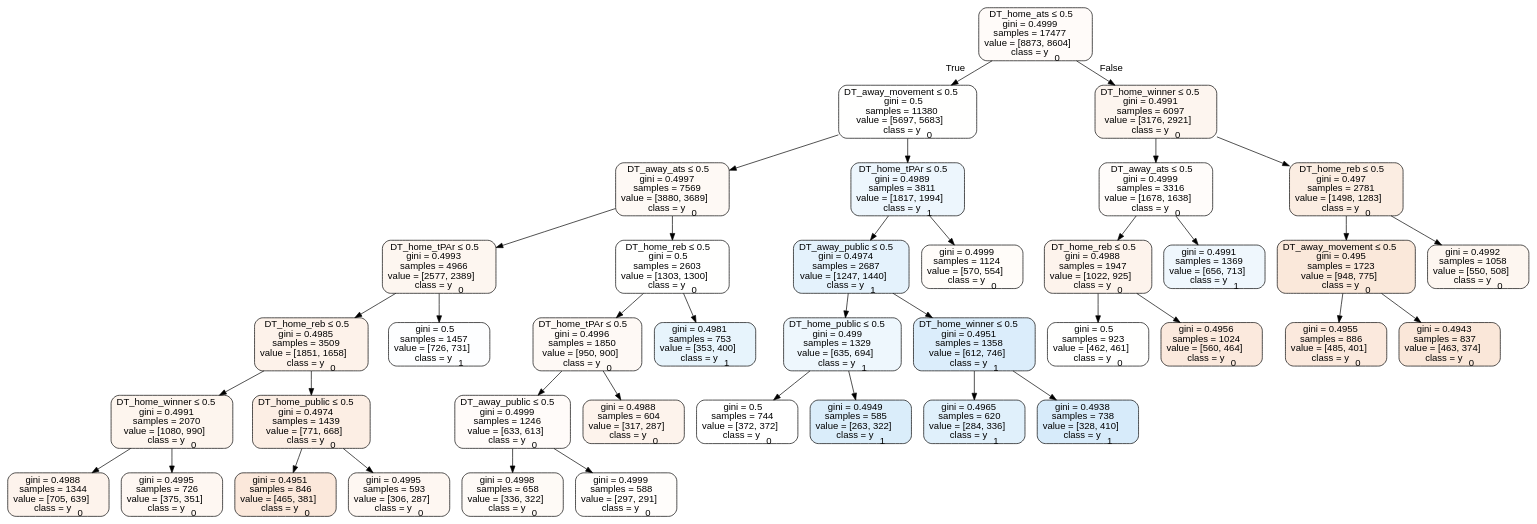
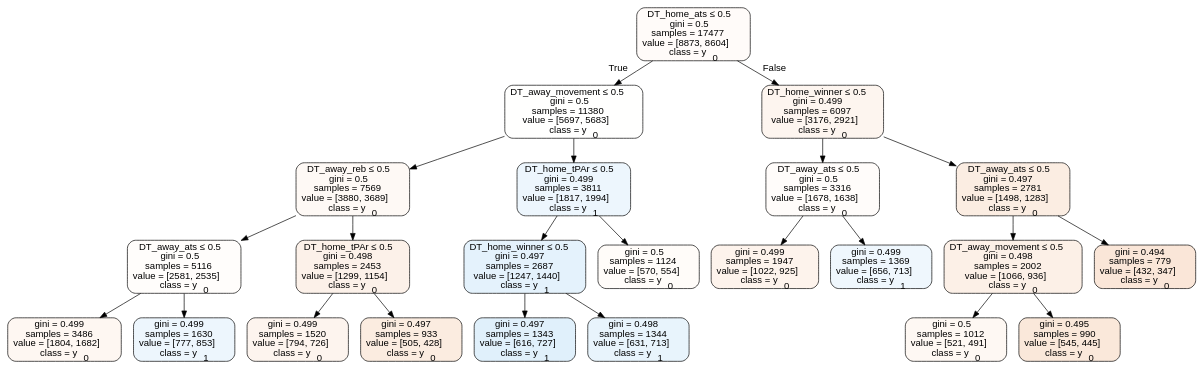
One commit to usbogie/ncaa-bets changed the diagram in Basketball/data/trees/tree2018home.dot. Above: the diagram before and after it, drawn with Graphviz. The commit also changed 35 other files, not shown here.

```diff
--- a/Basketball/data/trees/tree2018home.dot
+++ b/Basketball/data/trees/tree2018home.dot
@@ -1,81 +1,49 @@
 digraph Tree {
 node [shape=box, style="filled, rounded", color="black", fontname=helvetica] ;
 edge [fontname=helvetica] ;
-0 [label=<DT_home_ats &le; 0.5<br/>gini = 0.4999<br/>samples = 17477<br/>value = [8873, 8604]<br/>class = y<SUB>0</SUB>>, fillcolor="#e5813908"] ;
+0 [label=<DT_home_ats &le; 0.5<br/>gini = 0.5<br/>samples = 17477<br/>value = [8873, 8604]<br/>class = y<SUB>0</SUB>>, fillcolor="#e5813908"] ;
 1 [label=<DT_away_movement &le; 0.5<br/>gini = 0.5<br/>samples = 11380<br/>value = [5697, 5683]<br/>class = y<SUB>0</SUB>>, fillcolor="#e5813901"] ;
 0 -> 1 [labeldistance=2.5, labelangle=45, headlabel="True"] ;
-2 [label=<DT_away_ats &le; 0.5<br/>gini = 0.4997<br/>samples = 7569<br/>value = [3880, 3689]<br/>class = y<SUB>0</SUB>>, fillcolor="#e581390d"] ;
+2 [label=<DT_away_reb &le; 0.5<br/>gini = 0.5<br/>samples = 7569<br/>value = [3880, 3689]<br/>class = y<SUB>0</SUB>>, fillcolor="#e581390d"] ;
 1 -> 2 ;
-3 [label=<DT_home_tPAr &le; 0.5<br/>gini = 0.4993<br/>samples = 4966<br/>value = [2577, 2389]<br/>class = y<SUB>0</SUB>>, fillcolor="#e5813913"] ;
+3 [label=<DT_away_ats &le; 0.5<br/>gini = 0.5<br/>samples = 5116<br/>value = [2581, 2535]<br/>class = y<SUB>0</SUB>>, fillcolor="#e5813905"] ;
 2 -> 3 ;
-4 [label=<DT_home_reb &le; 0.5<br/>gini = 0.4985<br/>samples = 3509<br/>value = [1851, 1658]<br/>class = y<SUB>0</SUB>>, fillcolor="#e581391b"] ;
+4 [label=<gini = 0.499<br/>samples = 3486<br/>value = [1804, 1682]<br/>class = y<SUB>0</SUB>>, fillcolor="#e5813911"] ;
 3 -> 4 ;
-5 [label=<DT_home_winner &le; 0.5<br/>gini = 0.4991<br/>samples = 2070<br/>value = [1080, 990]<br/>class = y<SUB>0</SUB>>, fillcolor="#e5813915"] ;
-4 -> 5 ;
-6 [label=<gini = 0.4988<br/>samples = 1344<br/>value = [705, 639]<br/>class = y<SUB>0</SUB>>, fillcolor="#e5813918"] ;
-5 -> 6 ;
-7 [label=<gini = 0.4995<br/>samples = 726<br/>value = [375, 351]<br/>class = y<SUB>0</SUB>>, fillcolor="#e5813910"] ;
-5 -> 7 ;
-8 [label=<DT_home_public &le; 0.5<br/>gini = 0.4974<br/>samples = 1439<br/>value = [771, 668]<br/>class = y<SUB>0</SUB>>, fillcolor="#e5813922"] ;
-4 -> 8 ;
-9 [label=<gini = 0.4951<br/>samples = 846<br/>value = [465, 381]<br/>class = y<SUB>0</SUB>>, fillcolor="#e581392e"] ;
-8 -> 9 ;
-10 [label=<gini = 0.4995<br/>samples = 593<br/>value = [306, 287]<br/>class = y<SUB>0</SUB>>, fillcolor="#e5813910"] ;
-8 -> 10 ;
-11 [label=<gini = 0.5<br/>samples = 1457<br/>value = [726, 731]<br/>class = y<SUB>1</SUB>>, fillcolor="#399de502"] ;
-3 -> 11 ;
-12 [label=<DT_home_reb &le; 0.5<br/>gini = 0.5<br/>samples = 2603<br/>value = [1303, 1300]<br/>class = y<SUB>0</SUB>>, fillcolor="#e5813901"] ;
-2 -> 12 ;
-13 [label=<DT_home_tPAr &le; 0.5<br/>gini = 0.4996<br/>samples = 1850<br/>value = [950, 900]<br/>class = y<SUB>0</SUB>>, fillcolor="#e581390d"] ;
-12 -> 13 ;
-14 [label=<DT_away_public &le; 0.5<br/>gini = 0.4999<br/>samples = 1246<br/>value = [633, 613]<br/>class = y<SUB>0</SUB>>, fillcolor="#e5813908"] ;
-13 -> 14 ;
-15 [label=<gini = 0.4998<br/>samples = 658<br/>value = [336, 322]<br/>class = y<SUB>0</SUB>>, fillcolor="#e581390b"] ;
+5 [label=<gini = 0.499<br/>samples = 1630<br/>value = [777, 853]<br/>class = y<SUB>1</SUB>>, fillcolor="#399de517"] ;
+3 -> 5 ;
+6 [label=<DT_home_tPAr &le; 0.5<br/>gini = 0.498<br/>samples = 2453<br/>value = [1299, 1154]<br/>class = y<SUB>0</SUB>>, fillcolor="#e581391c"] ;
+2 -> 6 ;
+7 [label=<gini = 0.499<br/>samples = 1520<br/>value = [794, 726]<br/>class = y<SUB>0</SUB>>, fillcolor="#e5813916"] ;
+6 -> 7 ;
+8 [label=<gini = 0.497<br/>samples = 933<br/>value = [505, 428]<br/>class = y<SUB>0</SUB>>, fillcolor="#e5813927"] ;
+6 -> 8 ;
+9 [label=<DT_home_tPAr &le; 0.5<br/>gini = 0.499<br/>samples = 3811<br/>value = [1817, 1994]<br/>class = y<SUB>1</SUB>>, fillcolor="#399de517"] ;
+1 -> 9 ;
+10 [label=<DT_home_winner &le; 0.5<br/>gini = 0.497<br/>samples = 2687<br/>value = [1247, 1440]<br/>class = y<SUB>1</SUB>>, fillcolor="#399de522"] ;
+9 -> 10 ;
+11 [label=<gini = 0.497<br/>samples = 1343<br/>value = [616, 727]<br/>class = y<SUB>1</SUB>>, fillcolor="#399de527"] ;
+10 -> 11 ;
+12 [label=<gini = 0.498<br/>samples = 1344<br/>value = [631, 713]<br/>class = y<SUB>1</SUB>>, fillcolor="#399de51d"] ;
+10 -> 12 ;
+13 [label=<gini = 0.5<br/>samples = 1124<br/>value = [570, 554]<br/>class = y<SUB>0</SUB>>, fillcolor="#e5813907"] ;
+9 -> 13 ;
+14 [label=<DT_home_winner &le; 0.5<br/>gini = 0.499<br/>samples = 6097<br/>value = [3176, 2921]<br/>class = y<SUB>0</SUB>>, fillcolor="#e5813914"] ;
+0 -> 14 [labeldistance=2.5, labelangle=-45, headlabel="False"] ;
+15 [label=<DT_away_ats &le; 0.5<br/>gini = 0.5<br/>samples = 3316<br/>value = [1678, 1638]<br/>class = y<SUB>0</SUB>>, fillcolor="#e5813906"] ;
 14 -> 15 ;
-16 [label=<gini = 0.4999<br/>samples = 588<br/>value = [297, 291]<br/>class = y<SUB>0</SUB>>, fillcolor="#e5813905"] ;
-14 -> 16 ;
-17 [label=<gini = 0.4988<br/>samples = 604<br/>value = [317, 287]<br/>class = y<SUB>0</SUB>>, fillcolor="#e5813918"] ;
-13 -> 17 ;
-18 [label=<gini = 0.4981<br/>samples = 753<br/>value = [353, 400]<br/>class = y<SUB>1</SUB>>, fillcolor="#399de51e"] ;
-12 -> 18 ;
-19 [label=<DT_home_tPAr &le; 0.5<br/>gini = 0.4989<br/>samples = 3811<br/>value = [1817, 1994]<br/>class = y<SUB>1</SUB>>, fillcolor="#399de517"] ;
-1 -> 19 ;
-20 [label=<DT_away_public &le; 0.5<br/>gini = 0.4974<br/>samples = 2687<br/>value = [1247, 1440]<br/>class = y<SUB>1</SUB>>, fillcolor="#399de522"] ;
+16 [label=<gini = 0.499<br/>samples = 1947<br/>value = [1022, 925]<br/>class = y<SUB>0</SUB>>, fillcolor="#e5813918"] ;
+15 -> 16 ;
+17 [label=<gini = 0.499<br/>samples = 1369<br/>value = [656, 713]<br/>class = y<SUB>1</SUB>>, fillcolor="#399de514"] ;
+15 -> 17 ;
+18 [label=<DT_away_ats &le; 0.5<br/>gini = 0.497<br/>samples = 2781<br/>value = [1498, 1283]<br/>class = y<SUB>0</SUB>>, fillcolor="#e5813925"] ;
+14 -> 18 ;
+19 [label=<DT_away_movement &le; 0.5<br/>gini = 0.498<br/>samples = 2002<br/>value = [1066, 936]<br/>class = y<SUB>0</SUB>>, fillcolor="#e581391f"] ;
+18 -> 19 ;
+20 [label=<gini = 0.5<br/>samples = 1012<br/>value = [521, 491]<br/>class = y<SUB>0</SUB>>, fillcolor="#e581390f"] ;
 19 -> 20 ;
-21 [label=<DT_home_public &le; 0.5<br/>gini = 0.499<br/>samples = 1329<br/>value = [635, 694]<br/>class = y<SUB>1</SUB>>, fillcolor="#399de516"] ;
-20 -> 21 ;
-22 [label=<gini = 0.5<br/>samples = 744<br/>value = [372, 372]<br/>class = y<SUB>0</SUB>>, fillcolor="#e5813900"] ;
-21 -> 22 ;
-23 [label=<gini = 0.4949<br/>samples = 585<br/>value = [263, 322]<br/>class = y<SUB>1</SUB>>, fillcolor="#399de52f"] ;
-21 -> 23 ;
-24 [label=<DT_home_winner &le; 0.5<br/>gini = 0.4951<br/>samples = 1358<br/>value = [612, 746]<br/>class = y<SUB>1</SUB>>, fillcolor="#399de52e"] ;
-20 -> 24 ;
-25 [label=<gini = 0.4965<br/>samples = 620<br/>value = [284, 336]<br/>class = y<SUB>1</SUB>>, fillcolor="#399de527"] ;
-24 -> 25 ;
-26 [label=<gini = 0.4938<br/>samples = 738<br/>value = [328, 410]<br/>class = y<SUB>1</SUB>>, fillcolor="#399de533"] ;
-24 -> 26 ;
-27 [label=<gini = 0.4999<br/>samples = 1124<br/>value = [570, 554]<br/>class = y<SUB>0</SUB>>, fillcolor="#e5813907"] ;
-19 -> 27 ;
-28 [label=<DT_home_winner &le; 0.5<br/>gini = 0.4991<br/>samples = 6097<br/>value = [3176, 2921]<br/>class = y<SUB>0</SUB>>, fillcolor="#e5813914"] ;
-0 -> 28 [labeldistance=2.5, labelangle=-45, headlabel="False"] ;
-29 [label=<DT_away_ats &le; 0.5<br/>gini = 0.4999<br/>samples = 3316<br/>value = [1678, 1638]<br/>class = y<SUB>0</SUB>>, fillcolor="#e5813906"] ;
-28 -> 29 ;
-30 [label=<DT_home_reb &le; 0.5<br/>gini = 0.4988<br/>samples = 1947<br/>value = [1022, 925]<br/>class = y<SUB>0</SUB>>, fillcolor="#e5813918"] ;
-29 -> 30 ;
-31 [label=<gini = 0.5<br/>samples = 923<br/>value = [462, 461]<br/>class = y<SUB>0</SUB>>, fillcolor="#e5813901"] ;
-30 -> 31 ;
-32 [label=<gini = 0.4956<br/>samples = 1024<br/>value = [560, 464]<br/>class = y<SUB>0</SUB>>, fillcolor="#e581392c"] ;
-30 -> 32 ;
-33 [label=<gini = 0.4991<br/>samples = 1369<br/>value = [656, 713]<br/>class = y<SUB>1</SUB>>, fillcolor="#399de514"] ;
-29 -> 33 ;
-34 [label=<DT_home_reb &le; 0.5<br/>gini = 0.497<br/>samples = 2781<br/>value = [1498, 1283]<br/>class = y<SUB>0</SUB>>, fillcolor="#e5813925"] ;
-28 -> 34 ;
-35 [label=<DT_away_movement &le; 0.5<br/>gini = 0.495<br/>samples = 1723<br/>value = [948, 775]<br/>class = y<SUB>0</SUB>>, fillcolor="#e581392f"] ;
-34 -> 35 ;
-36 [label=<gini = 0.4955<br/>samples = 886<br/>value = [485, 401]<br/>class = y<SUB>0</SUB>>, fillcolor="#e581392c"] ;
-35 -> 36 ;
-37 [label=<gini = 0.4943<br/>samples = 837<br/>value = [463, 374]<br/>class = y<SUB>0</SUB>>, fillcolor="#e5813931"] ;
-35 -> 37 ;
-38 [label=<gini = 0.4992<br/>samples = 1058<br/>value = [550, 508]<br/>class = y<SUB>0</SUB>>, fillcolor="#e5813913"] ;
-34 -> 38 ;
+21 [label=<gini = 0.495<br/>samples = 990<br/>value = [545, 445]<br/>class = y<SUB>0</SUB>>, fillcolor="#e581392f"] ;
+19 -> 21 ;
+22 [label=<gini = 0.494<br/>samples = 779<br/>value = [432, 347]<br/>class = y<SUB>0</SUB>>, fillcolor="#e5813932"] ;
+18 -> 22 ;
 }
```
